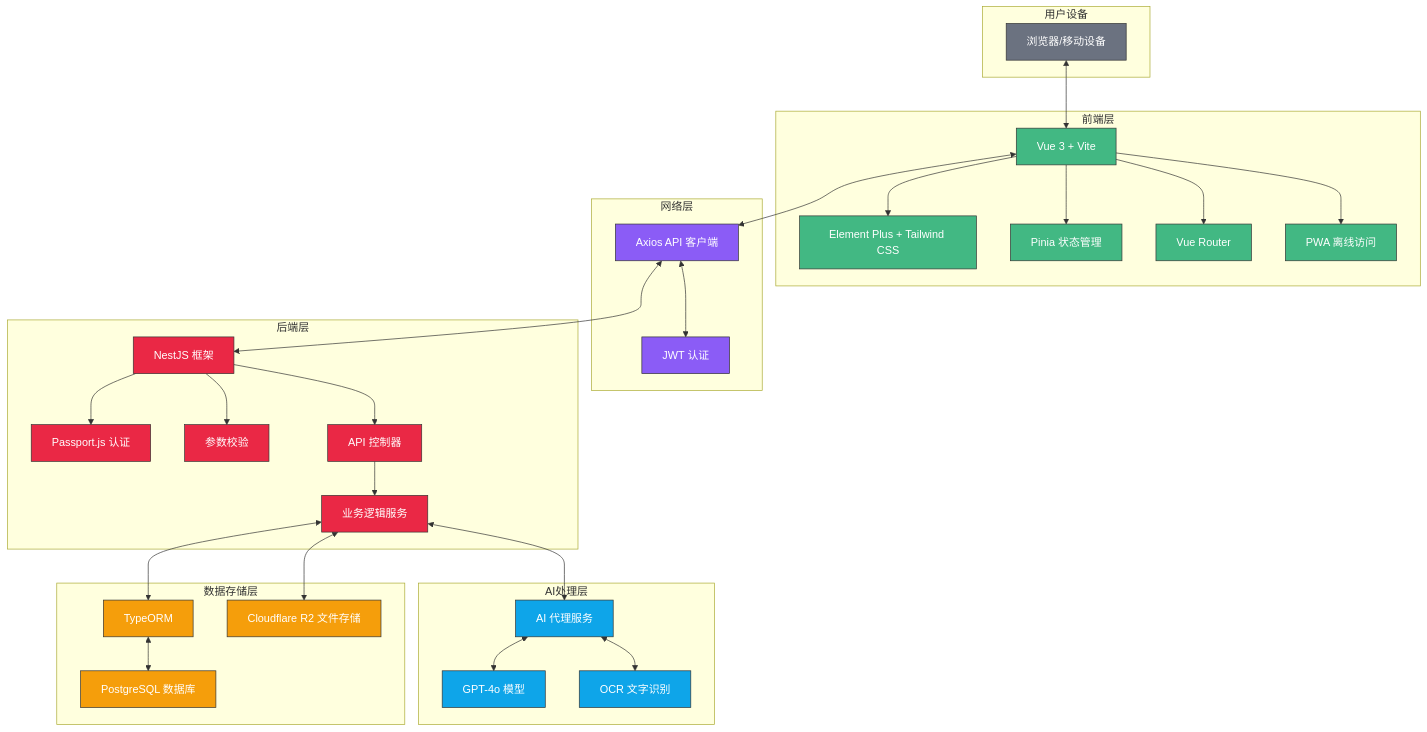
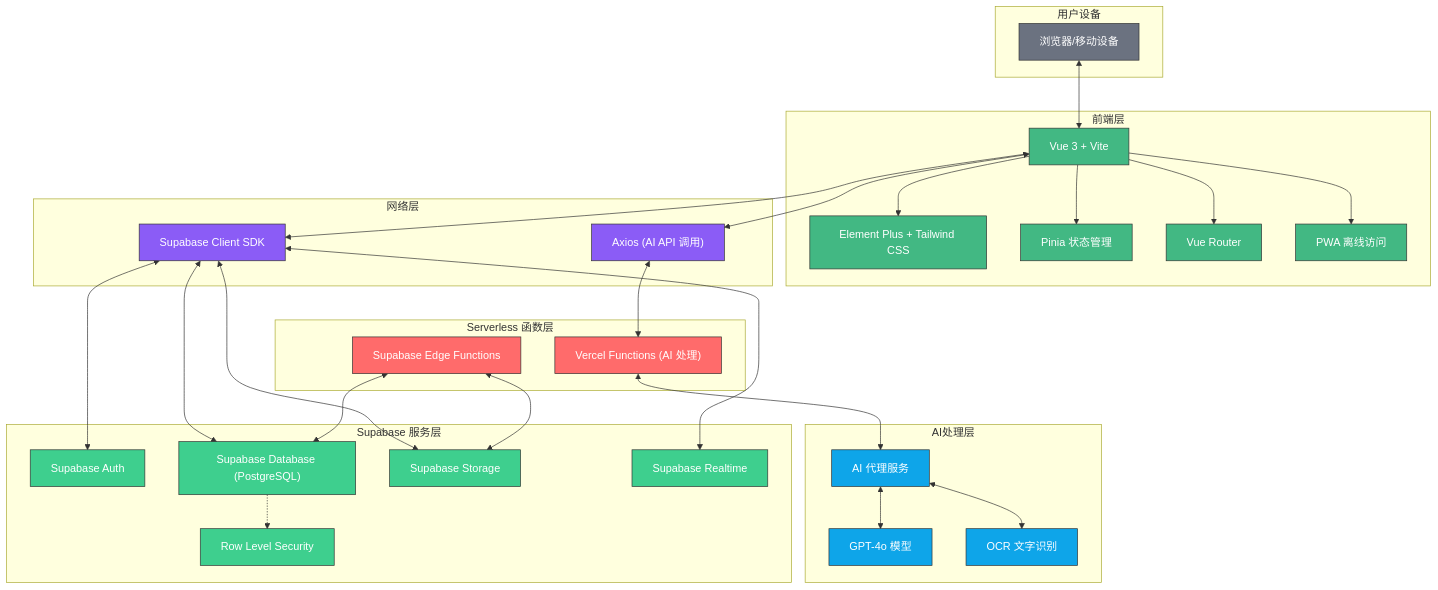
Before and after one commit to writingmarker/Documents: the first of 4 diagrams in docs/technical/architecture.md, drawn with Mermaid. The commit also changed other lines of this file, not shown here.

````diff
--- a/docs/technical/architecture.md
+++ b/docs/technical/architecture.md
@@ -9,76 +9,76 @@
 ```mermaid
 flowchart TD
     subgraph "用户设备"
         Browser["浏览器/移动设备"]
     end
 
     subgraph "前端层"
         Frontend["Vue 3 + Vite"]
         UI["Element Plus + Tailwind CSS"]
         State["Pinia 状态管理"]
         Router["Vue Router"]
         PWA["PWA 离线访问"]
     end
 
     subgraph "网络层"
-        API["Axios API 客户端"]
-        Auth["JWT 认证"]
+        SupabaseClient["Supabase Client SDK"]
+        AxiosAI["Axios (AI API 调用)"]
     end
 
-    subgraph "后端层"
-        NestJS["NestJS 框架"]
-        PassportAuth["Passport.js 认证"]
-        Validator["参数校验"]
-        Controllers["API 控制器"]
-        Services["业务逻辑服务"]
+    subgraph "Serverless 函数层"
+        EdgeFunctions["Supabase Edge Functions"]
+        VercelFunctions["Vercel Functions (AI 处理)"]
     end
 
     subgraph "AI处理层"
         AIProxy["AI 代理服务"]
         GPT["GPT-4o 模型"]
         OCR["OCR 文字识别"]
     end
 
-    subgraph "数据存储层"
-        DB["PostgreSQL 数据库"]
-        ORM["TypeORM"]
-        R2["Cloudflare R2 文件存储"]
+    subgraph "Supabase 服务层"
+        SupabaseAuth["Supabase Auth"]
+        SupabaseDB["Supabase Database (PostgreSQL)"]
+        SupabaseStorage["Supabase Storage"]
+        SupabaseRealtime["Supabase Realtime"]
+        SupabaseRLS["Row Level Security"]
     end
 
     Browser <--> Frontend
     Frontend --> UI
     Frontend --> State
     Frontend --> Router
     Frontend --> PWA
+
+    Frontend <--> SupabaseClient
+    Frontend <--> AxiosAI
   
-    Frontend <--> API
-    API <--> Auth
+    SupabaseClient <--> SupabaseAuth
+    SupabaseClient <--> SupabaseDB
+    SupabaseClient <--> SupabaseStorage
+    SupabaseClient <--> SupabaseRealtime
   
-    API <--> NestJS
-    NestJS --> PassportAuth
-    NestJS --> Validator
-    NestJS --> Controllers
-    Controllers --> Services
+    AxiosAI <--> VercelFunctions
+    EdgeFunctions <--> SupabaseDB
+    EdgeFunctions <--> SupabaseStorage
   
-    Services <--> ORM
-    ORM <--> DB
-    Services <--> R2
-  
-    Services <--> AIProxy
+    VercelFunctions <--> AIProxy
     AIProxy <--> GPT
     AIProxy <--> OCR
 
+    SupabaseDB -.-> SupabaseRLS
+
     classDef frontend fill:#42b883,stroke:#333,stroke-width:1px,color:white;
-    classDef backend fill:#ea2845,stroke:#333,stroke-width:1px,color:white;
+    classDef serverless fill:#ff6b6b,stroke:#333,stroke-width:1px,color:white;
     classDef ai fill:#0ea5e9,stroke:#333,stroke-width:1px,color:white;
-    classDef storage fill:#f59e0b,stroke:#333,stroke-width:1px,color:white;
+    classDef supabase fill:#3ecf8e,stroke:#333,stroke-width:1px,color:white;
     classDef network fill:#8b5cf6,stroke:#333,stroke-width:1px,color:white;
     classDef user fill:#6b7280,stroke:#333,stroke-width:1px,color:white;
 
     class Frontend,UI,State,Router,PWA frontend;
-    class NestJS,PassportAuth,Validator,Controllers,Services backend;
+    class EdgeFunctions,VercelFunctions serverless;
     class AIProxy,GPT,OCR ai;
-    class DB,ORM,R2 storage;
-    class API,Auth network;
+    class SupabaseAuth,SupabaseDB,SupabaseStorage,SupabaseRealtime,SupabaseRLS supabase;
+    class SupabaseClient,AxiosAI network;
     class Browser user;
 ```
````
